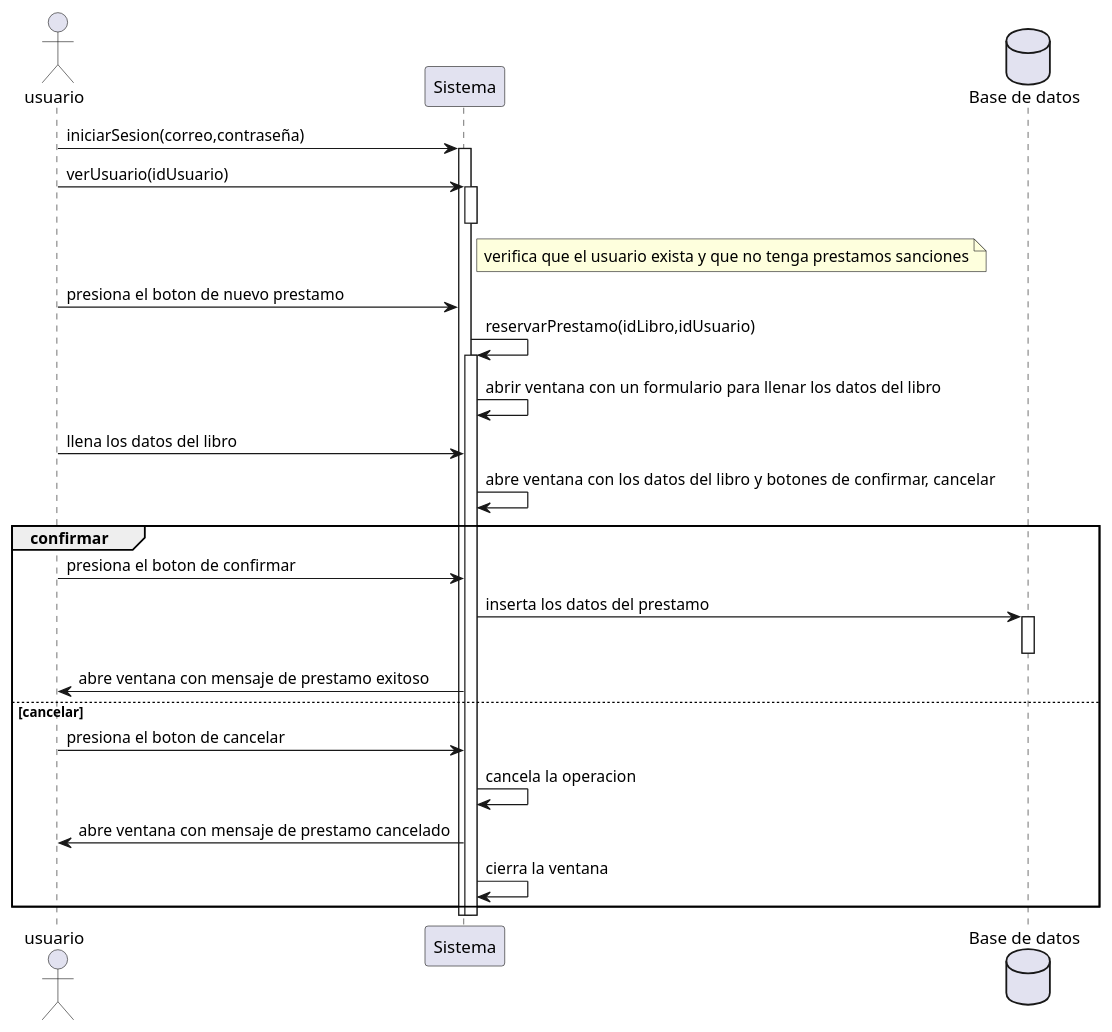
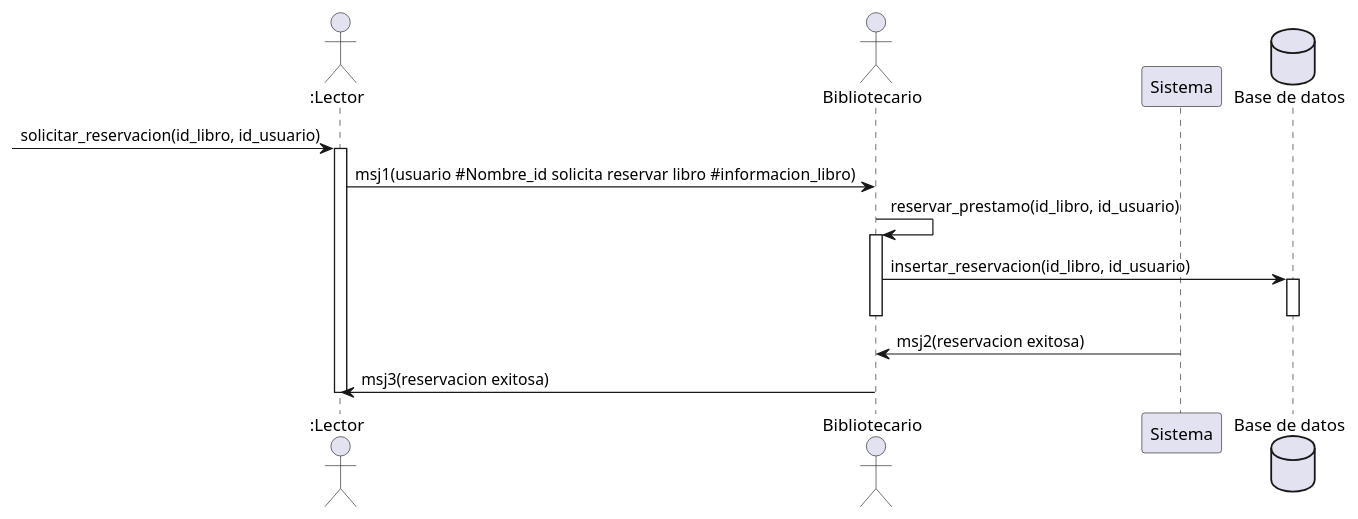
Before and after one commit to RubenE107/diagramas-de-dise-o-uml: the diagram in Interacion3/ReservarLibro.puml, drawn with PlantUML. The commit also changed 1 other file, not shown here.

Commit message:
Reservar libro correcion

```diff
--- a/Interacion3/ReservarLibro.puml
+++ b/Interacion3/ReservarLibro.puml
@@ -1,36 +1,56 @@
 @startuml
-actor "usuario" as u
+actor ":Lector" as L
+actor "Bibliotecario" as b 
 participant "Sistema" as s
 database "Base de datos" as db
 
-u -> s:iniciarSesion(correo,contraseña)
-activate s
-u -> s:verUsuario(idUsuario)
-activate s
-deactivate
-note right of s:verifica que el usuario exista y que no tenga prestamos sanciones
+->L:solicitar_reservacion(id_libro, id_usuario)
+activate L
+L->b:msj1(usuario #Nombre_id solicita reservar libro #informacion_libro)
+b->b:reservar_prestamo(id_libro, id_usuario)
+activate b
 
-u -> s:presiona el boton de nuevo prestamo
-s->s:reservarPrestamo(idLibro,idUsuario)
-activate s
-s->s:abrir ventana con un formulario para llenar los datos del libro
-u->s:llena los datos del libro
-s->s:abre ventana con los datos del libro y botones de confirmar, cancelar
-group confirmar
-u->s:presiona el boton de confirmar
-s->db:inserta los datos del prestamo
+b->db:insertar_reservacion(id_libro, id_usuario)
 activate db
-deactivate  db
-s->u:abre ventana con mensaje de prestamo exitoso
+deactivate db
+deactivate b
+s->b:msj2(reservacion exitosa)
+b->L:msj3(reservacion exitosa)
 
-else cancelar
-u->s:presiona el boton de cancelar
-s->s:cancela la operacion
-s->u:abre ventana con mensaje de prestamo cancelado
-s->s:cierra la ventana
-end
-deactivate  s
+
+
+
+
+deactivate L
+
+' u -> s:iniciarSesion(correo,contraseña)
+' activate s
+' u -> s:verUsuario(idUsuario)
+' activate s
+' deactivate
+' note right of s:verifica que el usuario exista y que no tenga prestamos sanciones
+
+' u -> s:presiona el boton de nuevo prestamo
+' s->s:reservarPrestamo(idLibro,idUsuario)
+' activate s
+' s->s:abrir ventana con un formulario para llenar los datos del libro
+' u->s:llena los datos del libro
+' s->s:abre ventana con los datos del libro y botones de confirmar, cancelar
+' group confirmar
+' u->s:presiona el boton de confirmar
+' s->db:inserta los datos del prestamo
+' activate db
+' deactivate  db
+' s->u:abre ventana con mensaje de prestamo exitoso
+
+' else cancelar
+' u->s:presiona el boton de cancelar
+' s->s:cancela la operacion
+' s->u:abre ventana con mensaje de prestamo cancelado
+' s->s:cierra la ventana
+' end
+' deactivate  s
 
 
 deactivate s
 @enduml
```
